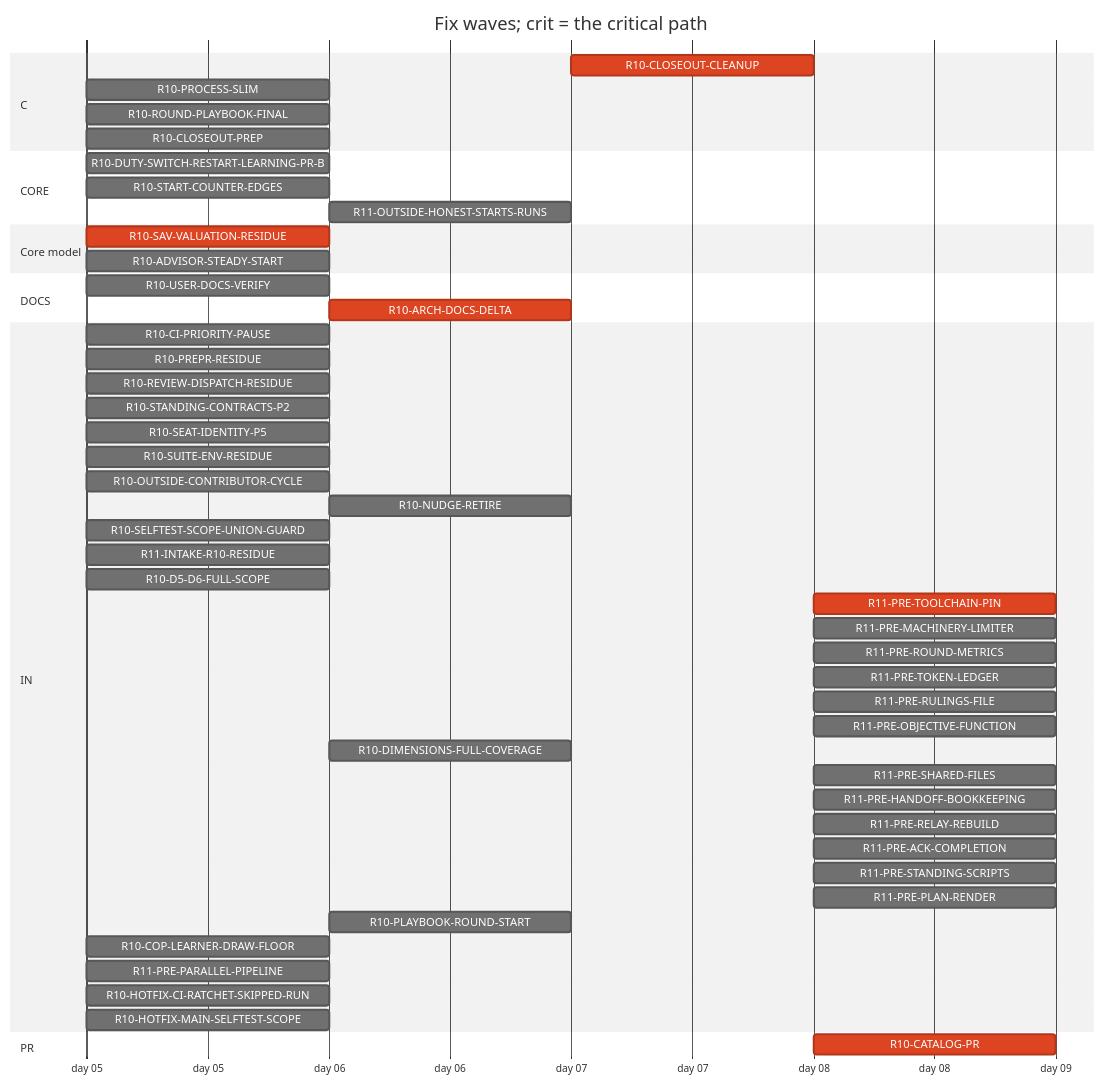
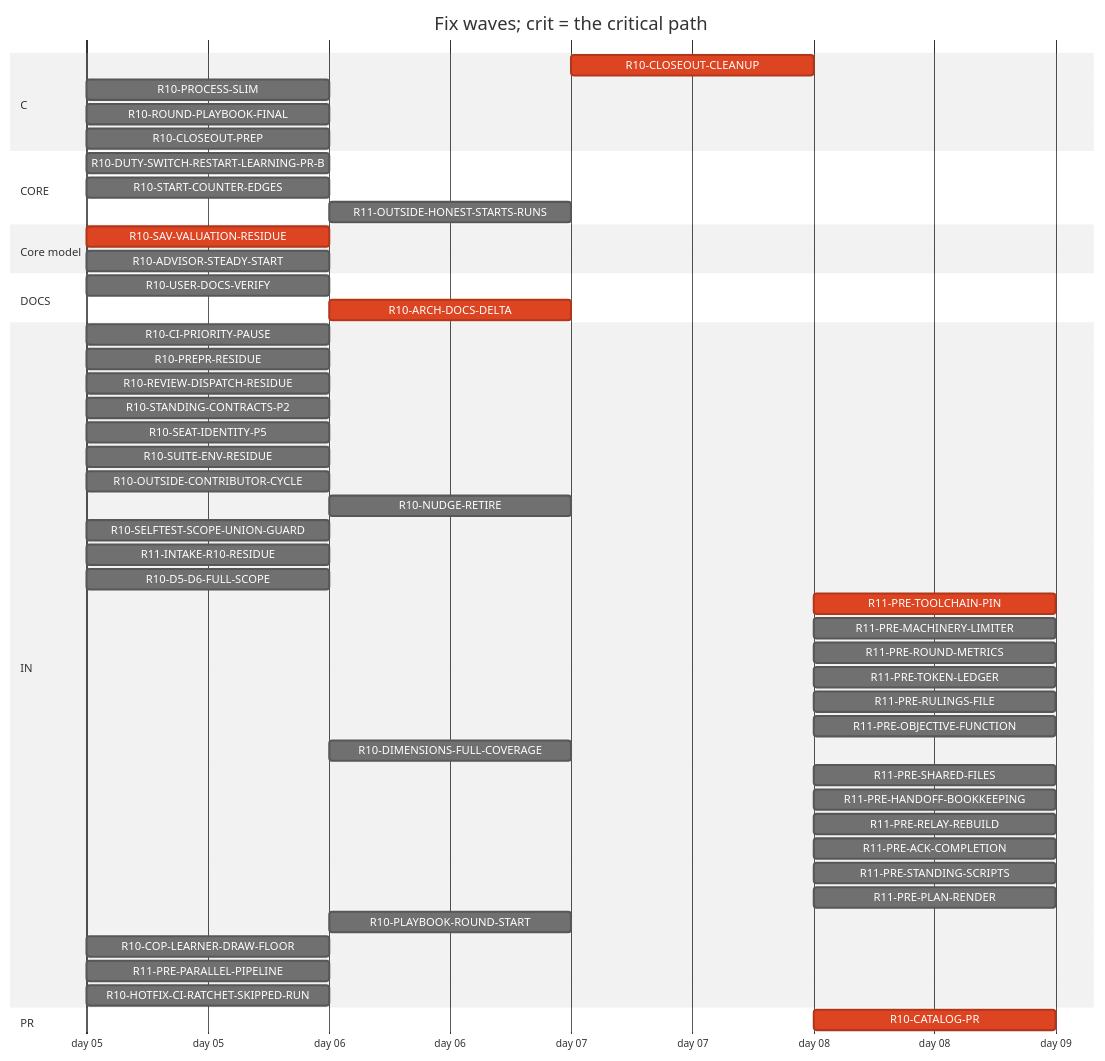
One commit to tvofi/heatpump_optimizer changed the diagram in handoff/round10/state/PLAN-TABLE.md. Above: the diagram before and after it, drawn with Mermaid (neutral theme). The commit also changed other lines of this file and 3 other files, not shown here.

Commit message:
state: FLOW-BOARD.md, NEXT-SESSION-PROMPT.md, PLAN-TABLE.md, RESUME-CURRENT.md regenerated (state_docs.py)

````diff
--- a/handoff/round10/state/PLAN-TABLE.md
+++ b/handoff/round10/state/PLAN-TABLE.md
@@ -19,53 +19,52 @@
 ```mermaid
 gantt
   title Fix waves; crit = the critical path
   dateFormat YYYY-MM-DD
   axisFormat day %d
   section C
     R10-CLOSEOUT-CLEANUP :crit, r10CLOSEOUTCLEANUP, after r10USERDOCSVERIFY r10CLOSEOUTPREP r10ARCHDOCSDELTA, 1d
     R10-PROCESS-SLIM :r10PROCESSSLIM, 2026-01-05, 1d
     R10-ROUND-PLAYBOOK-FINAL :r10ROUNDPLAYBOOKFINAL, 2026-01-05, 1d
     R10-CLOSEOUT-PREP :r10CLOSEOUTPREP, 2026-01-05, 1d
   section CORE
     R10-DUTY-SWITCH-RESTART-LEARNING-PR-B :r10DUTYSWITCHRESTARTLEARNINGPRB, 2026-01-05, 1d
     R10-START-COUNTER-EDGES :r10STARTCOUNTEREDGES, 2026-01-05, 1d
     R11-OUTSIDE-HONEST-STARTS-RUNS :r11OUTSIDEHONESTSTARTSRUNS, after r10ADVISORSTEADYSTART, 1d
   section Core model
     R10-SAV-VALUATION-RESIDUE :crit, r10SAVVALUATIONRESIDUE, 2026-01-05, 1d
     R10-ADVISOR-STEADY-START :r10ADVISORSTEADYSTART, 2026-01-05, 1d
   section DOCS
     R10-USER-DOCS-VERIFY :r10USERDOCSVERIFY, 2026-01-05, 1d
     R10-ARCH-DOCS-DELTA :crit, r10ARCHDOCSDELTA, after r10SAVVALUATIONRESIDUE r10ADVISORSTEADYSTART, 1d
   section IN
     R10-CI-PRIORITY-PAUSE :r10CIPRIORITYPAUSE, 2026-01-05, 1d
     R10-PREPR-RESIDUE :r10PREPRRESIDUE, 2026-01-05, 1d
     R10-REVIEW-DISPATCH-RESIDUE :r10REVIEWDISPATCHRESIDUE, 2026-01-05, 1d
     R10-STANDING-CONTRACTS-P2 :r10STANDINGCONTRACTSP2, 2026-01-05, 1d
     R10-SEAT-IDENTITY-P5 :r10SEATIDENTITYP5, 2026-01-05, 1d
     R10-SUITE-ENV-RESIDUE :r10SUITEENVRESIDUE, 2026-01-05, 1d
     R10-OUTSIDE-CONTRIBUTOR-CYCLE :r10OUTSIDECONTRIBUTORCYCLE, 2026-01-05, 1d
     R10-NUDGE-RETIRE :r10NUDGERETIRE, after r10ROUNDPLAYBOOKFINAL, 1d
     R10-SELFTEST-SCOPE-UNION-GUARD :r10SELFTESTSCOPEUNIONGUARD, 2026-01-05, 1d
     R11-INTAKE-R10-RESIDUE :r11INTAKER10RESIDUE, 2026-01-05, 1d
     R10-D5-D6-FULL-SCOPE :r10D5D6FULLSCOPE, 2026-01-05, 1d
     R11-PRE-TOOLCHAIN-PIN :crit, r11PRETOOLCHAINPIN, after r10CATALOGPR, 1d
     R11-PRE-MACHINERY-LIMITER :r11PREMACHINERYLIMITER, after r10CATALOGPR, 1d
     R11-PRE-ROUND-METRICS :r11PREROUNDMETRICS, after r10CATALOGPR, 1d
     R11-PRE-TOKEN-LEDGER :r11PRETOKENLEDGER, after r10CATALOGPR, 1d
     R11-PRE-RULINGS-FILE :r11PRERULINGSFILE, after r10CATALOGPR, 1d
     R11-PRE-OBJECTIVE-FUNCTION :r11PREOBJECTIVEFUNCTION, after r10CATALOGPR, 1d
     R10-DIMENSIONS-FULL-COVERAGE :r10DIMENSIONSFULLCOVERAGE, after r10D5D6FULLSCOPE, 1d
     R11-PRE-SHARED-FILES :r11PRESHAREDFILES, after r10CATALOGPR, 1d
     R11-PRE-HANDOFF-BOOKKEEPING :r11PREHANDOFFBOOKKEEPING, after r10CATALOGPR, 1d
     R11-PRE-RELAY-REBUILD :r11PRERELAYREBUILD, after r10CATALOGPR, 1d
     R11-PRE-ACK-COMPLETION :r11PREACKCOMPLETION, after r10CATALOGPR, 1d
     R11-PRE-STANDING-SCRIPTS :r11PRESTANDINGSCRIPTS, after r10CATALOGPR, 1d
     R11-PRE-PLAN-RENDER :r11PREPLANRENDER, after r10CATALOGPR, 1d
     R10-PLAYBOOK-ROUND-START :r10PLAYBOOKROUNDSTART, after r10ROUNDPLAYBOOKFINAL, 1d
     R10-COP-LEARNER-DRAW-FLOOR :r10COPLEARNERDRAWFLOOR, 2026-01-05, 1d
     R11-PRE-PARALLEL-PIPELINE :r11PREPARALLELPIPELINE, 2026-01-05, 1d
     R10-HOTFIX-CI-RATCHET-SKIPPED-RUN :r10HOTFIXCIRATCHETSKIPPEDRUN, 2026-01-05, 1d
-    R10-HOTFIX-MAIN-SELFTEST-SCOPE :r10HOTFIXMAINSELFTESTSCOPE, 2026-01-05, 1d
   section PR
     R10-CATALOG-PR :crit, r10CATALOGPR, after r10USERDOCSVERIFY r10CLOSEOUTCLEANUP r10CLOSEOUTPREP r10ARCHDOCSDELTA, 1d
 ```
````
